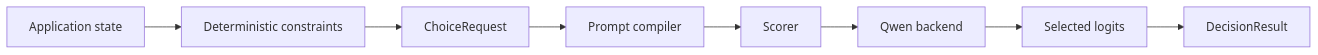
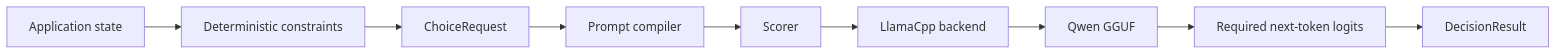
One commit to daniele21/decisio changed the diagram in README.md. Above: the diagram before and after it, drawn with Mermaid. The commit also changed other lines of this file, not shown here.

Commit message:
docs: make llama.cpp GGUF model choice explicit

````diff
--- a/README.md
+++ b/README.md
@@ -114,10 +167,11 @@
 ```mermaid
 flowchart LR
     A[Application state] --> B[Deterministic constraints]
     B --> C[ChoiceRequest]
     C --> D[Prompt compiler]
     D --> E[Scorer]
-    E --> F[Qwen backend]
-    F --> G[Selected logits]
-    G --> H[DecisionResult]
+    E --> F[LlamaCpp backend]
+    F --> G[Qwen GGUF]
+    G --> H[Required next-token logits]
+    H --> I[DecisionResult]
 ```
````
